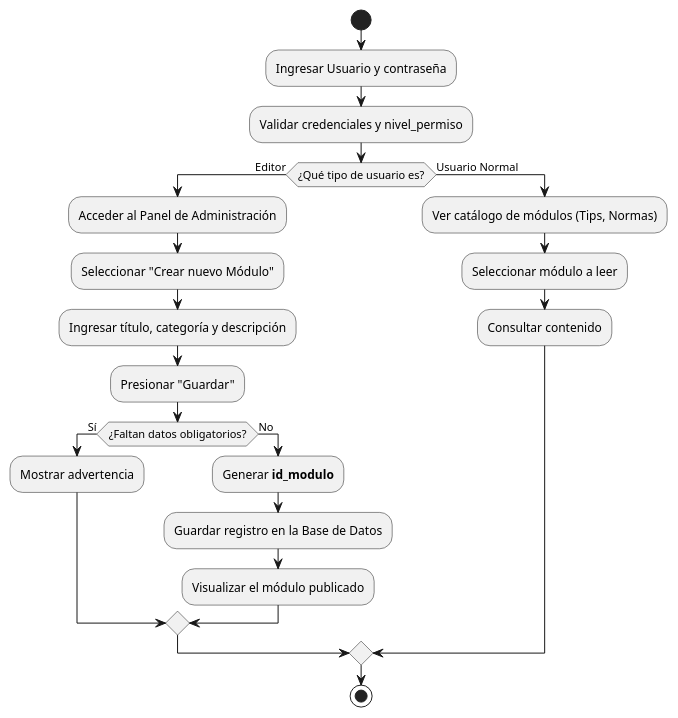
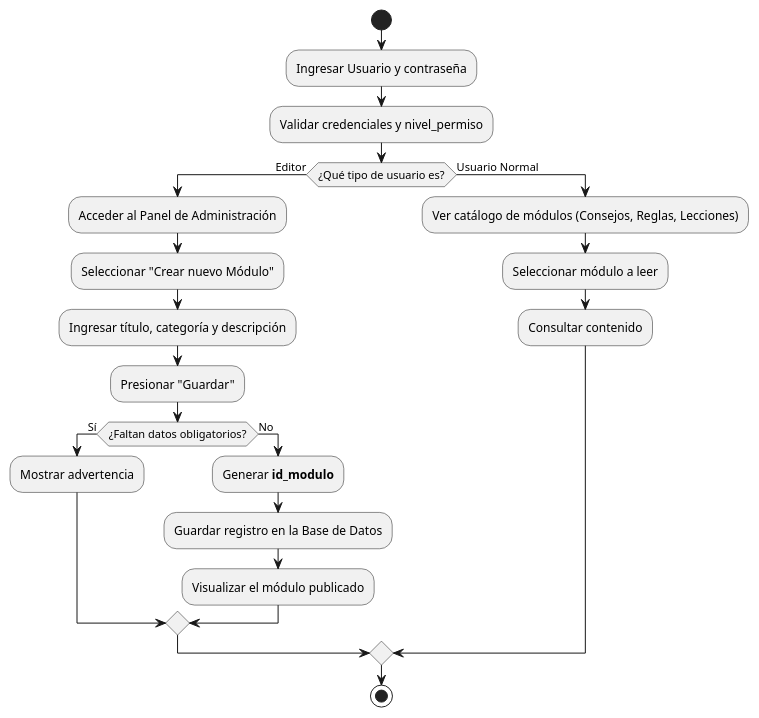
Before and after one commit to ashertrejo22/ProyectoFinalAMS: the diagram in src/UML/DALogin.puml, drawn with PlantUML. The commit also changed 7 other files, not shown here.

Commit message:
Agregando Diagramas E-R y actualizaciones para la Entrega 2

```diff
--- a/src/UML/DALogin.puml
+++ b/src/UML/DALogin.puml
@@ -1,28 +1,28 @@
 @startuml
 start
 
 :Ingresar Usuario y contraseña;
 :Validar credenciales y nivel_permiso;
 
 if (¿Qué tipo de usuario es?) then (Editor)
     :Acceder al Panel de Administración;
     :Seleccionar "Crear nuevo Módulo";
     :Ingresar título, categoría y descripción;
     :Presionar "Guardar";
     
     if (¿Faltan datos obligatorios?) then (Sí)
         :Mostrar advertencia;
     else (No)
         :Generar **id_modulo**;
         :Guardar registro en la Base de Datos;
         :Visualizar el módulo publicado;
     endif
 
 else (Usuario Normal)
-    :Ver catálogo de módulos (Tips, Normas);
+    :Ver catálogo de módulos (Consejos, Reglas, Lecciones);
     :Seleccionar módulo a leer;
     :Consultar contenido;
 endif
 
 stop
 @enduml
```
